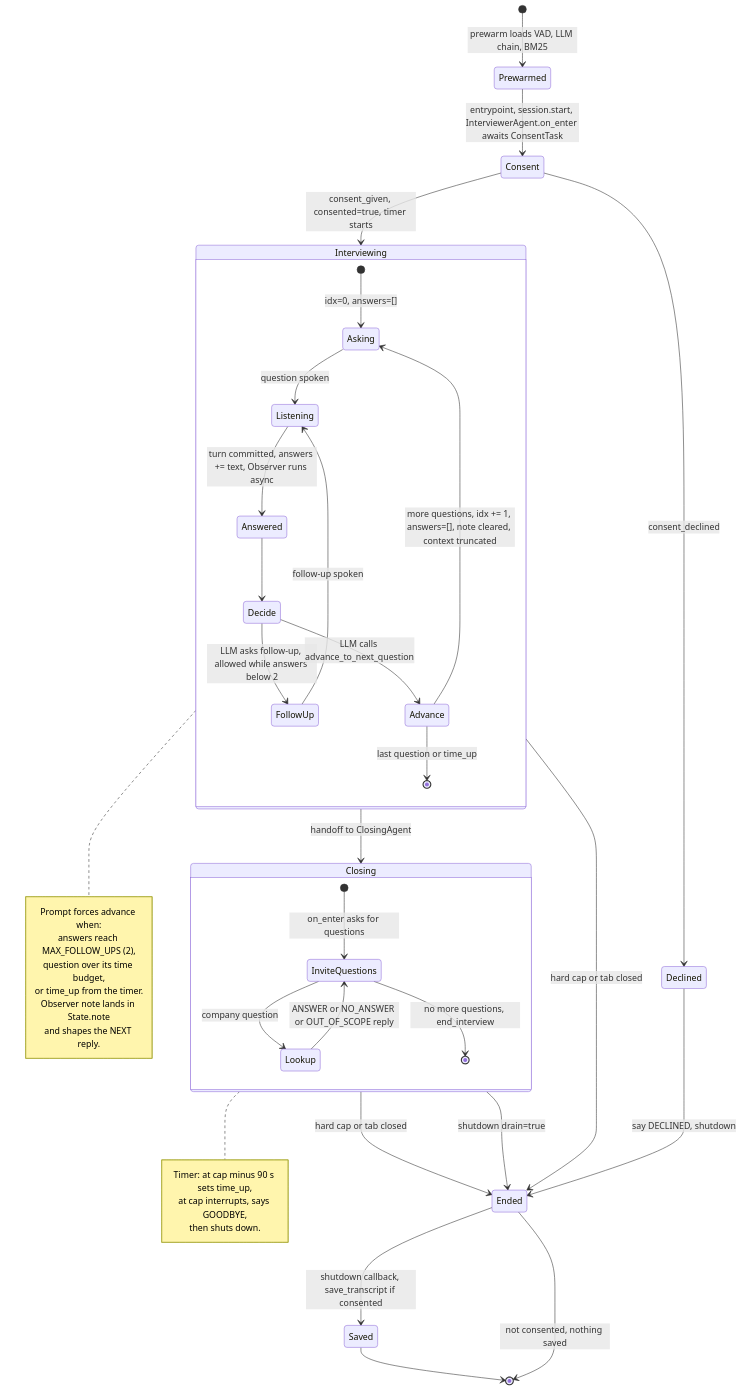
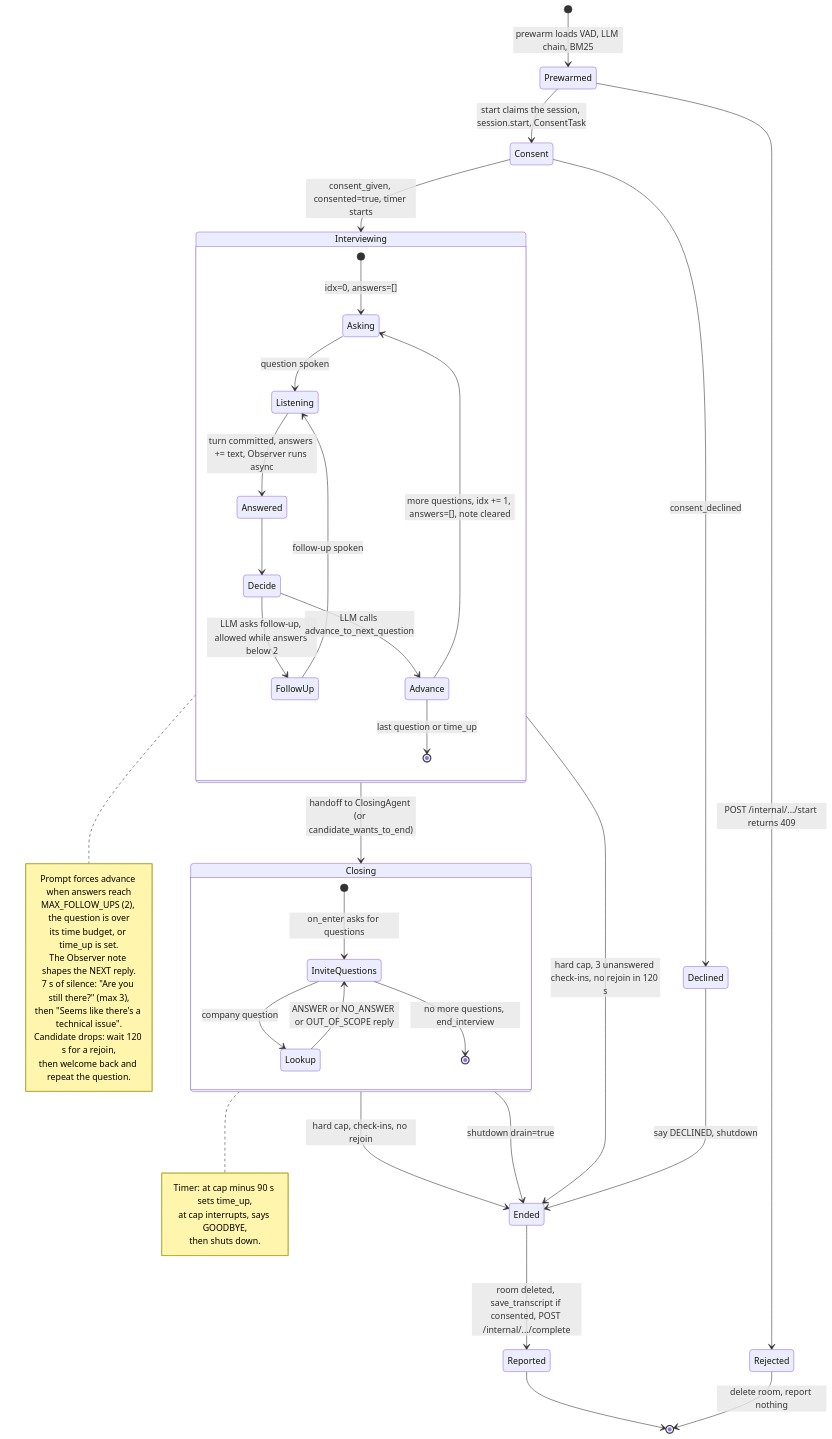
The diagram in docs/agent/states.mmd (Debraj-Kundu/GURU-AI-INTERVIEWER), drawn with Mermaid before and after one commit. The commit also changed 9 other files, not shown here.

```diff
--- a/docs/agent/states.mmd
+++ b/docs/agent/states.mmd
@@ -1,52 +1,55 @@
 stateDiagram-v2
   [*] --> Prewarmed : prewarm loads VAD, LLM chain, BM25
-  Prewarmed --> Consent : entrypoint, session.start, InterviewerAgent.on_enter awaits ConsentTask
+  Prewarmed --> Rejected : POST /internal/.../start returns 409
+  Rejected --> [*] : delete room, report nothing
+  Prewarmed --> Consent : start claims the session, session.start, ConsentTask
 
   Consent --> Declined : consent_declined
   Declined --> Ended : say DECLINED, shutdown
   Consent --> Interviewing : consent_given, consented=true, timer starts
 
   state Interviewing {
     [*] --> Asking : idx=0, answers=[]
     Asking --> Listening : question spoken
     Listening --> Answered : turn committed, answers += text, Observer runs async
     Answered --> Decide
     state Decide <<choice>>
     Decide --> FollowUp : LLM asks follow-up, allowed while answers below 2
     Decide --> Advance : LLM calls advance_to_next_question
     FollowUp --> Listening : follow-up spoken
-    Advance --> Asking : more questions, idx += 1, answers=[], note cleared, context truncated
+    Advance --> Asking : more questions, idx += 1, answers=[], note cleared
     Advance --> [*] : last question or time_up
   }
 
-  Interviewing --> Closing : handoff to ClosingAgent
-  Interviewing --> Ended : hard cap or tab closed
+  Interviewing --> Closing : handoff to ClosingAgent (or candidate_wants_to_end)
+  Interviewing --> Ended : hard cap, 3 unanswered check-ins, no rejoin in 120 s
 
   state Closing {
     [*] --> InviteQuestions : on_enter asks for questions
     InviteQuestions --> Lookup : company question
     Lookup --> InviteQuestions : ANSWER or NO_ANSWER or OUT_OF_SCOPE reply
     InviteQuestions --> [*] : no more questions, end_interview
   }
 
   Closing --> Ended : shutdown drain=true
-  Closing --> Ended : hard cap or tab closed
+  Closing --> Ended : hard cap, check-ins, no rejoin
 
-  Ended --> Saved : shutdown callback, save_transcript if consented
-  Ended --> [*] : not consented, nothing saved
-  Saved --> [*]
+  Ended --> Reported : room deleted, save_transcript if consented, POST /internal/.../complete
+  Reported --> [*]
 
   note right of Interviewing
-    Prompt forces advance when:
-    answers reach MAX_FOLLOW_UPS (2),
-    question over its time budget,
-    or time_up from the timer.
-    Observer note lands in State.note
-    and shapes the NEXT reply.
+    Prompt forces advance when answers reach
+    MAX_FOLLOW_UPS (2), the question is over
+    its time budget, or time_up is set.
+    The Observer note shapes the NEXT reply.
+    7 s of silence: "Are you still there?" (max 3),
+    then "Seems like there's a technical issue".
+    Candidate drops: wait 120 s for a rejoin,
+    then welcome back and repeat the question.
   end note
 
   note right of Closing
     Timer: at cap minus 90 s sets time_up,
     at cap interrupts, says GOODBYE,
     then shuts down.
   end note
```
